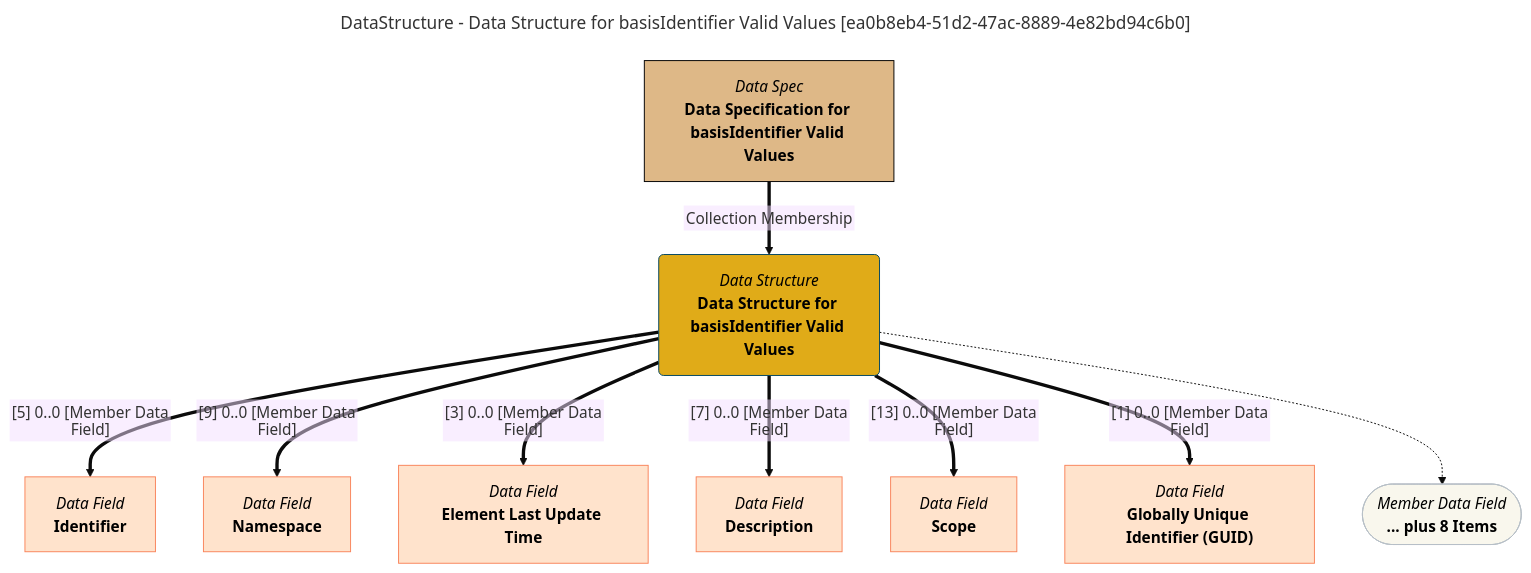
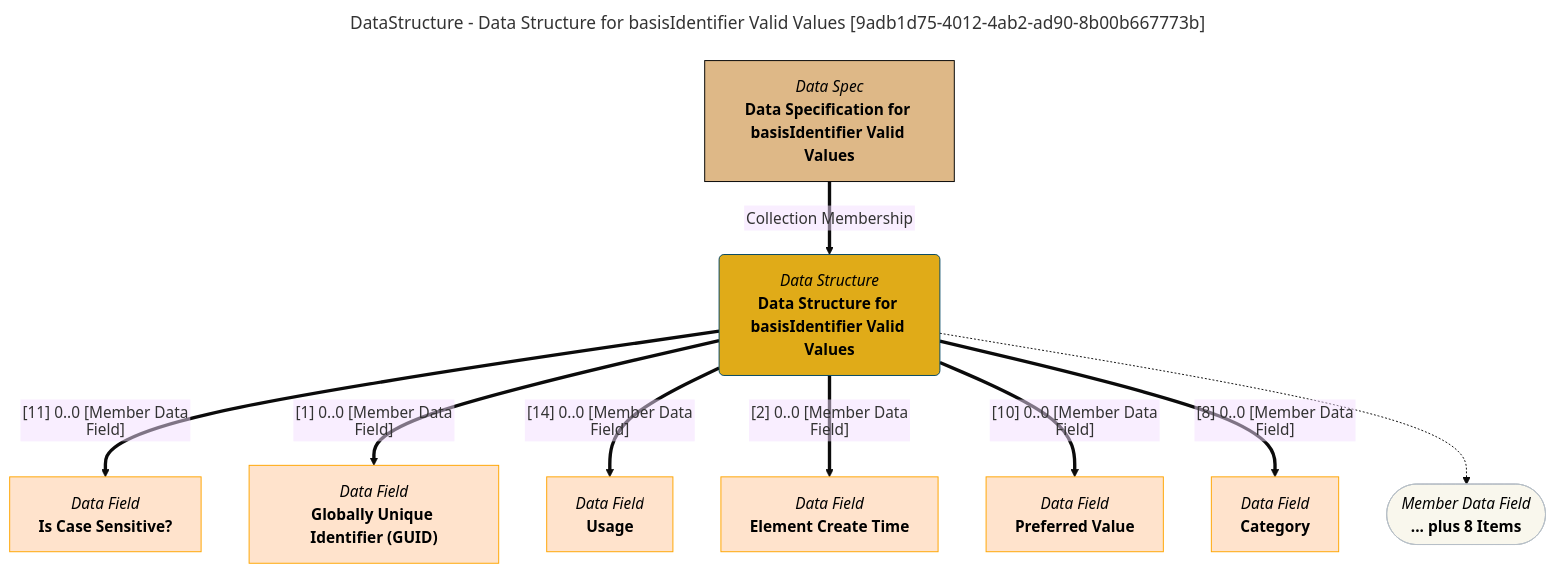
The diagram in site/snippets/data-structures/data-structure-for-basisidentifier-valid-values-mermaid-graph.md (odpi/egeria-docs), drawn with Mermaid (base theme) before and after one commit. The commit also changed 2201 other files, not shown here.

````diff
--- a/site/snippets/data-structures/data-structure-for-basisidentifier-valid-values-mermaid-graph.md
+++ b/site/snippets/data-structures/data-structure-for-basisidentifier-valid-values-mermaid-graph.md
@@ -1,43 +1,43 @@
 ```mermaid
 ---
-title: DataStructure - Data Structure for basisIdentifier Valid Values [ea0b8eb4-51d2-47ac-8889-4e82bd94c6b0]
+title: DataStructure - Data Structure for basisIdentifier Valid Values [9adb1d75-4012-4ab2-ad90-8b00b667773b]
 ---
 flowchart TD
 %%{init: {"flowchart": {"htmlLabels": false}} }%%
 
 1@{ shape: rounded, label: "*Data Structure*
 **Data Structure for basisIdentifier Valid Values**"}
 2@{ shape: rect, label: "*Data Spec*
 **Data Specification for basisIdentifier Valid Values**"}
 2==>|"Collection Membership"|1
 3@{ shape: rect, label: "*Data Field*
-**Identifier**"}
-1==>|"[5] 0..0 [Member Data Field]"|3
+**Is Case Sensitive?**"}
+1==>|"[11] 0..0 [Member Data Field]"|3
 4@{ shape: rect, label: "*Data Field*
-**Namespace**"}
-1==>|"[9] 0..0 [Member Data Field]"|4
+**Globally Unique Identifier (GUID)**"}
+1==>|"[1] 0..0 [Member Data Field]"|4
 5@{ shape: rect, label: "*Data Field*
-**Element Last Update Time**"}
-1==>|"[3] 0..0 [Member Data Field]"|5
+**Usage**"}
+1==>|"[14] 0..0 [Member Data Field]"|5
 6@{ shape: rect, label: "*Data Field*
-**Description**"}
-1==>|"[7] 0..0 [Member Data Field]"|6
+**Element Create Time**"}
+1==>|"[2] 0..0 [Member Data Field]"|6
 7@{ shape: rect, label: "*Data Field*
-**Scope**"}
-1==>|"[13] 0..0 [Member Data Field]"|7
+**Preferred Value**"}
+1==>|"[10] 0..0 [Member Data Field]"|7
 8@{ shape: rect, label: "*Data Field*
-**Globally Unique Identifier (GUID)**"}
-1==>|"[1] 0..0 [Member Data Field]"|8
+**Category**"}
+1==>|"[8] 0..0 [Member Data Field]"|8
 9@{ shape: stadium, label: "*Member Data Field*
 **... plus 8 Items**"}
 1-.->9
 style 1 color:#000000, fill:#e0ab18, stroke:#004563
-style 2 color:#000000, fill:#deb887, stroke:#000000
-style 3 color:#000000, fill:#ffe3cc, stroke:#f9845b
-style 4 color:#000000, fill:#ffe3cc, stroke:#f9845b
-style 5 color:#000000, fill:#ffe3cc, stroke:#f9845b
-style 6 color:#000000, fill:#ffe3cc, stroke:#f9845b
-style 7 color:#000000, fill:#ffe3cc, stroke:#f9845b
-style 8 color:#000000, fill:#ffe3cc, stroke:#f9845b
+style 2 color:#000000, fill:#DEB887, stroke:#000000
+style 3 color:#000000, fill:#ffe3cc, stroke:#FFA500
+style 4 color:#000000, fill:#ffe3cc, stroke:#FFA500
+style 5 color:#000000, fill:#ffe3cc, stroke:#FFA500
+style 6 color:#000000, fill:#ffe3cc, stroke:#FFA500
+style 7 color:#000000, fill:#ffe3cc, stroke:#FFA500
+style 8 color:#000000, fill:#ffe3cc, stroke:#FFA500
 style 9 color:#000000, fill:#F9F7ED, stroke:#b7c0c7
 ```
````
